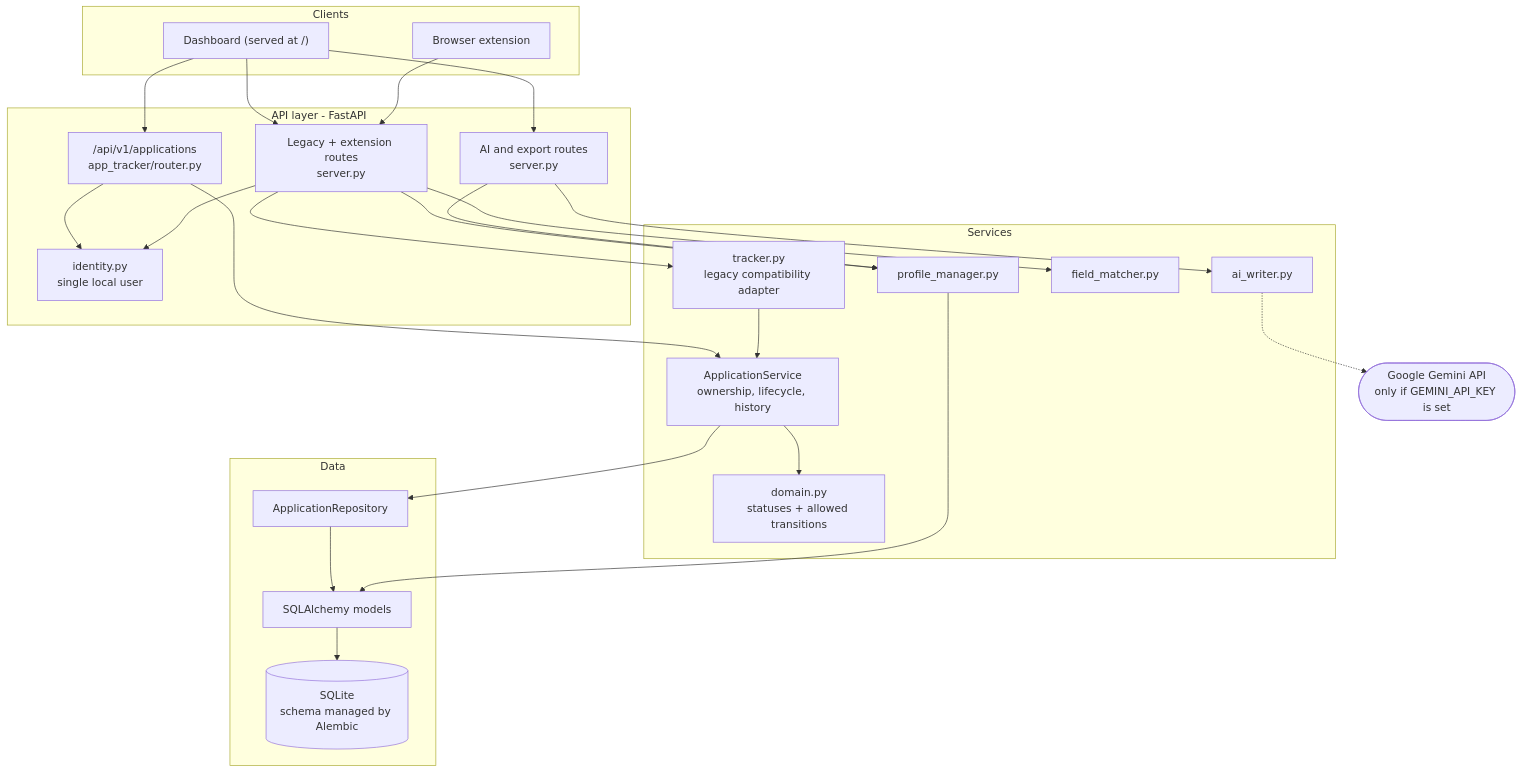
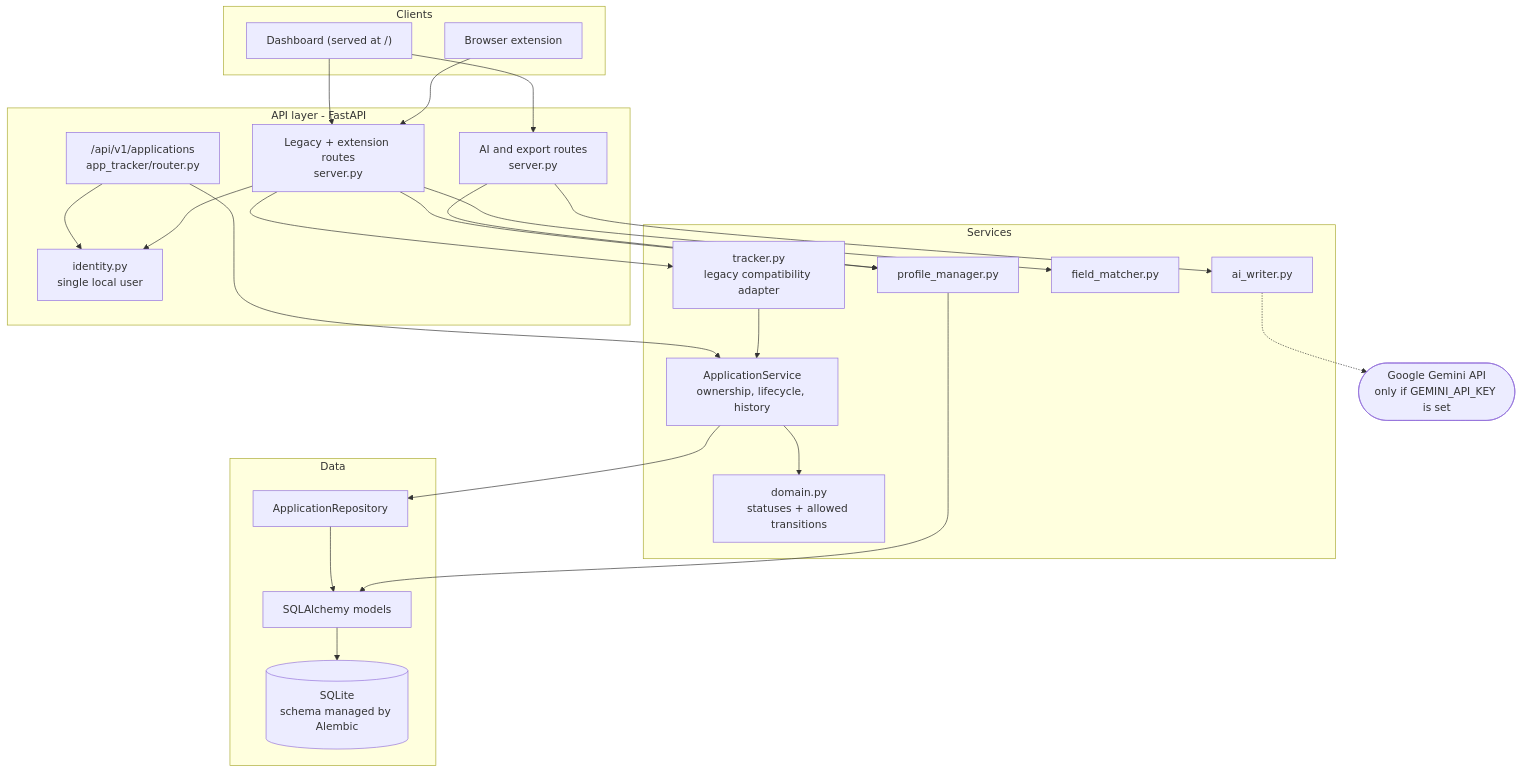
Before and after one commit to ManoharVit/job-copilot: the diagram in README.md, drawn with Mermaid. The commit also changed other lines of this file and 142 other files, not shown here.

````diff
--- a/README.md
+++ b/README.md
@@ -61,51 +72,50 @@
 ```mermaid
 flowchart TD
     subgraph Clients
         UI["Dashboard (served at /)"]
         EXT["Browser extension"]
     end
 
     subgraph API["API layer - FastAPI"]
         V1["/api/v1/applications<br/>app_tracker/router.py"]
         LEGACY["Legacy + extension routes<br/>server.py"]
         AIR["AI and export routes<br/>server.py"]
         ID["identity.py<br/>single local user"]
     end
 
     subgraph Services
         SVC["ApplicationService<br/>ownership, lifecycle, history"]
         COMPAT["tracker.py<br/>legacy compatibility adapter"]
         DOMAIN["domain.py<br/>statuses + allowed transitions"]
         PROF["profile_manager.py"]
         MATCH["field_matcher.py"]
         WRITER["ai_writer.py"]
     end
 
     subgraph Data
         REPO["ApplicationRepository"]
         ORM["SQLAlchemy models"]
         DB[("SQLite<br/>schema managed by Alembic")]
     end
 
     GEMINI(["Google Gemini API<br/>only if GEMINI_API_KEY is set"])
 
-    UI --> V1
     UI --> LEGACY
     UI --> AIR
     EXT --> LEGACY
     V1 --> ID
     LEGACY --> ID
     V1 --> SVC
     LEGACY --> COMPAT
     LEGACY --> PROF
     LEGACY --> MATCH
     COMPAT --> SVC
     SVC --> DOMAIN
     SVC --> REPO
     AIR --> WRITER
     AIR --> PROF
     WRITER -.-> GEMINI
     REPO --> ORM
     PROF --> ORM
     ORM --> DB
 ```
````
